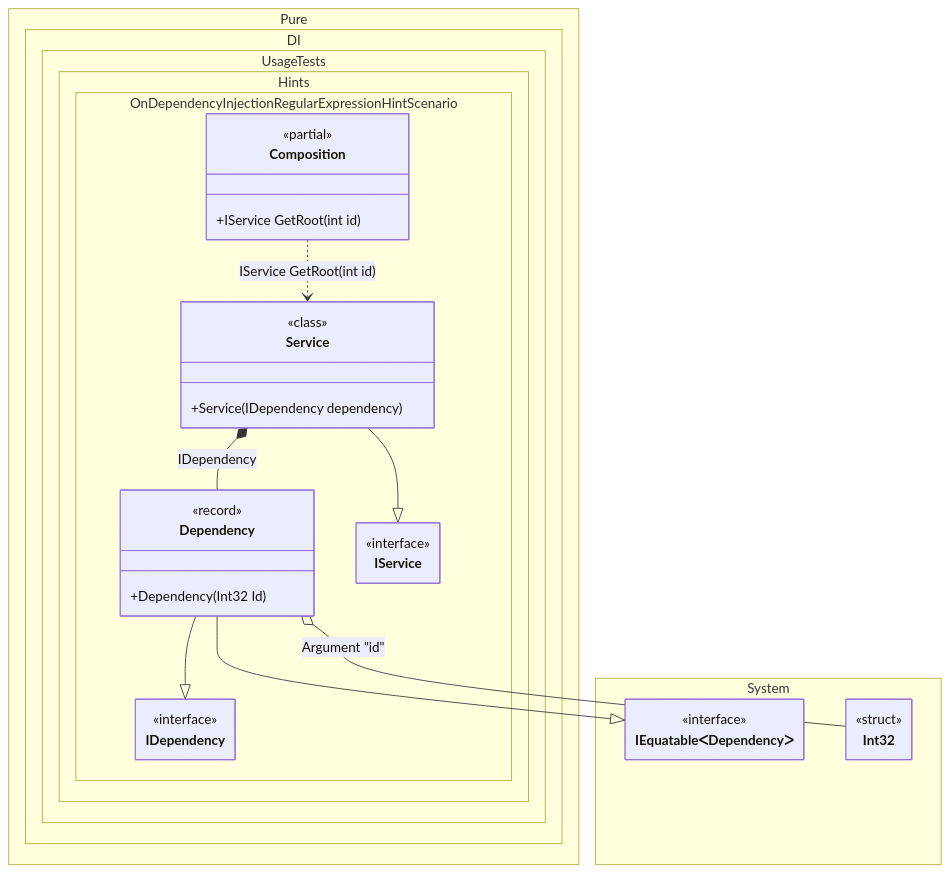
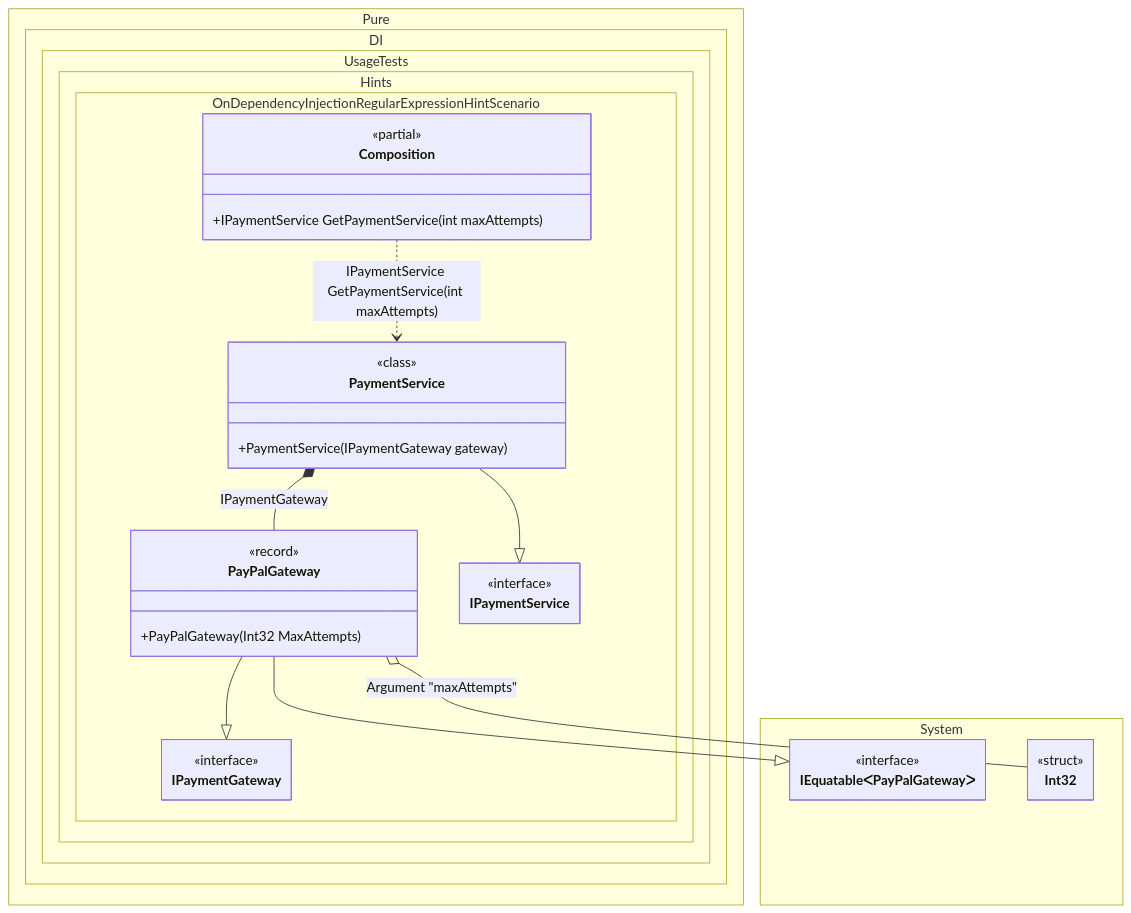
One commit to DevTeam/Pure.DI changed the diagram in readme/ondependencyinjection-regular-expression-hint.md. Above: the diagram before and after it, drawn with Mermaid. The commit also changed other lines of this file and 126 other files, not shown here.

````diff
--- a/readme/ondependencyinjection-regular-expression-hint.md
+++ b/readme/ondependencyinjection-regular-expression-hint.md
@@ -130,44 +139,44 @@
 ```mermaid
 ---
  config:
   maxTextSize: 2147483647
   maxEdges: 2147483647
   class:
    hideEmptyMembersBox: true
 ---
 classDiagram
-	Dependency --|> IDependency
-	Dependency --|> IEquatableᐸDependencyᐳ
-	Service --|> IService
-	Composition ..> Service : IService GetRoot(int id)
-	Dependency o-- Int32 : Argument "id"
-	Service *--  Dependency : IDependency
+	PayPalGateway --|> IPaymentGateway
+	PayPalGateway --|> IEquatableᐸPayPalGatewayᐳ
+	PaymentService --|> IPaymentService
+	Composition ..> PaymentService : IPaymentService GetPaymentService(int maxAttempts)
+	PayPalGateway o-- Int32 : Argument "maxAttempts"
+	PaymentService *--  PayPalGateway : IPaymentGateway
 	namespace Pure.DI.UsageTests.Hints.OnDependencyInjectionRegularExpressionHintScenario {
 		class Composition {
 		<<partial>>
-		+IService GetRoot(int id)
+		+IPaymentService GetPaymentService(int maxAttempts)
 		}
-		class Dependency {
-				<<record>>
-			+Dependency(Int32 Id)
-		}
-		class IDependency {
+		class IPaymentGateway {
 			<<interface>>
 		}
-		class IService {
+		class IPaymentService {
 			<<interface>>
 		}
-		class Service {
+		class PaymentService {
 				<<class>>
-			+Service(IDependency dependency)
+			+PaymentService(IPaymentGateway gateway)
+		}
+		class PayPalGateway {
+				<<record>>
+			+PayPalGateway(Int32 MaxAttempts)
 		}
 	}
 	namespace System {
-		class IEquatableᐸDependencyᐳ {
+		class IEquatableᐸPayPalGatewayᐳ {
 			<<interface>>
 		}
 		class Int32 {
 				<<struct>>
 		}
 	}
 ```
````
